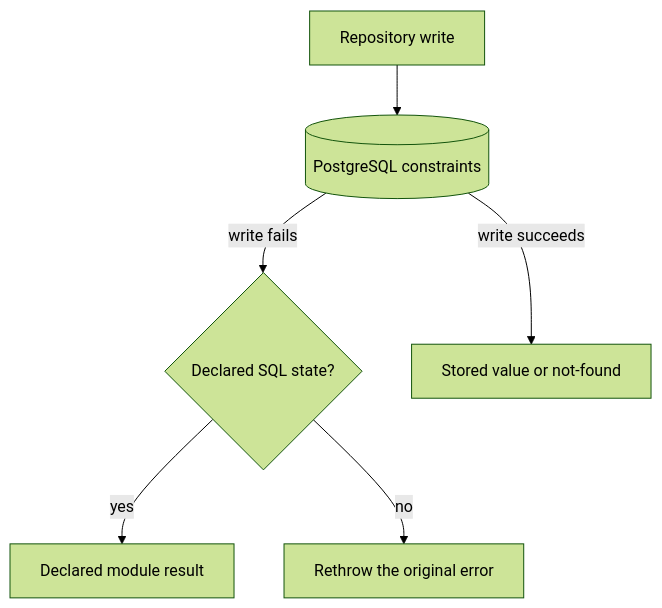
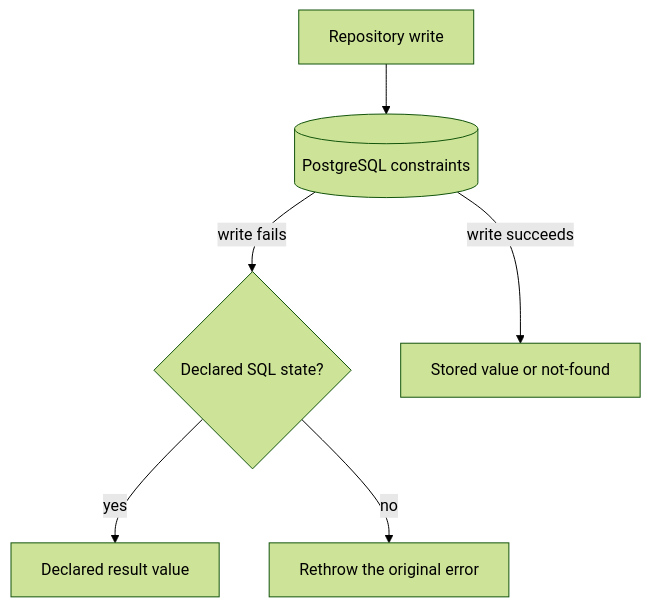
The diagram in docs/dev/backend-ts/conventions/persistence-error-handling.md (bitstorm-tech/voenix-shop-kotlin), drawn with Mermaid (forest theme) before and after one commit. The commit also changed other lines of this file and 129 other files, not shown here.

````diff
--- a/docs/dev/backend-ts/conventions/persistence-error-handling.md
+++ b/docs/dev/backend-ts/conventions/persistence-error-handling.md
@@ -20,15 +20,15 @@
 ```mermaid
 flowchart TD
     Repository["Repository write"]
     Database[("PostgreSQL constraints")]
     SqlState{"Declared SQL state?"}
     Stored["Stored value or not-found"]
-    Expected["Declared module result"]
+    Expected["Declared result value"]
     Unexpected["Rethrow the original error"]
 
     Repository --> Database
     Database -->|"write succeeds"| Stored
     Database -->|"write fails"| SqlState
     SqlState -->|"yes"| Expected
     SqlState -->|"no"| Unexpected
 ```
````
